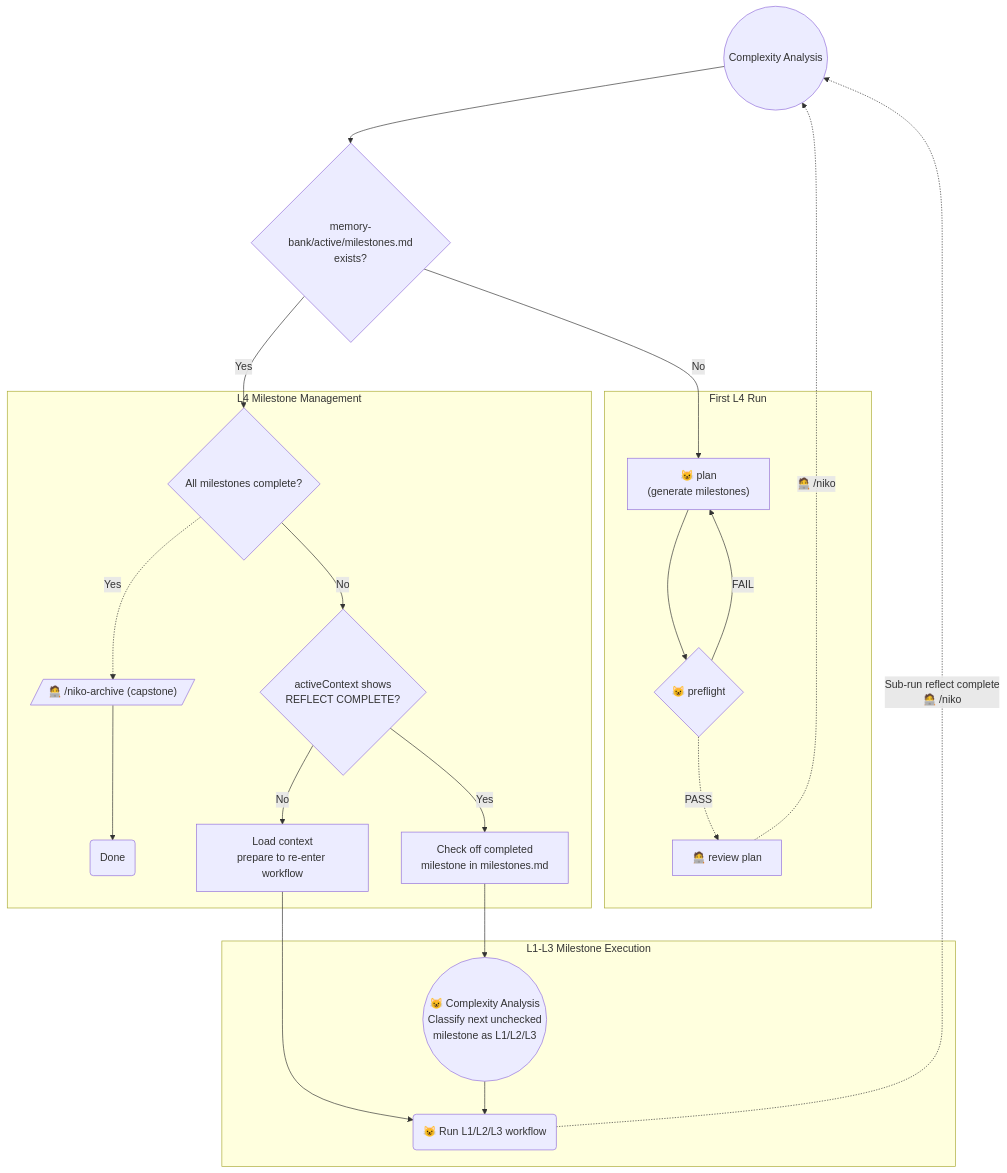
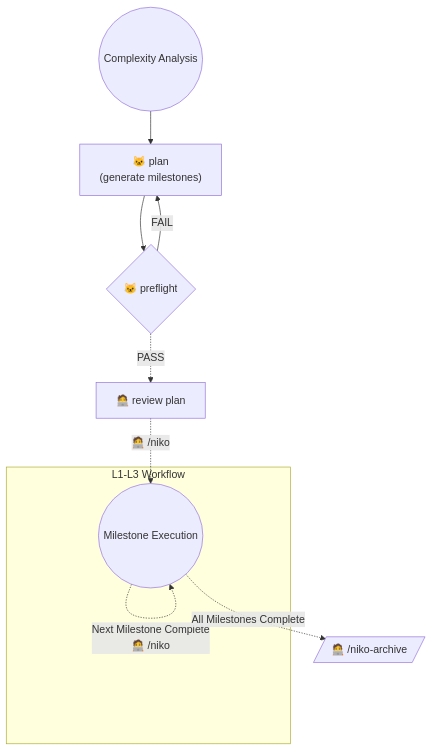
Before and after one commit to Texarkanine/devblog: the diagram in .cursor/rules/shared/niko/level4/level4-workflow.mdc, drawn with Mermaid. The commit also changed other lines of this file and 26 other files, not shown here.

````diff
--- a/.cursor/rules/shared/niko/level4/level4-workflow.mdc
+++ b/.cursor/rules/shared/niko/level4/level4-workflow.mdc
@@ -11,48 +11,13 @@
 ```mermaid
 graph TD
-
-    Start(("Complexity Analysis"))
-    CheckIfMilestones{"memory-bank/active/milestones.md<br>exists?"}
-
-    subgraph Init["First L4 Run"]
-        NikoPlan["😺 plan<br>(generate milestones)"]
-        NikoPreflight{"😺 preflight"}
-        ManualReview["🧑‍💻 review plan"]
+    Start(("Complexity Analysis")) --> NikoPlan["🐱 plan<br>(generate milestones)"]
+    NikoPlan --> NikoPreflight{"🐱 preflight"}
+    NikoPreflight -->|"FAIL"| NikoPlan
+    NikoPreflight -.->|"PASS"| ManualReview["🧑‍💻 review plan"]
+    ManualReview -.->|"🧑‍💻 /niko"| Niko
+    subgraph SubWorkflow["L1-L3 Workflow"]
+        Niko(("Milestone Execution"))
+        Niko -.->|"Next Milestone Complete<br>🧑‍💻 /niko"| Niko
     end
-
-    subgraph ReEntry["L4 Milestone Management"]
-        CheckMilestoneCompletion{"All milestones complete?"}
-        Capstone[/"🧑‍💻 /niko-archive (capstone)"/]
-        Capstone -->Done("Done")
-        PrevDone{"activeContext shows<br>REFLECT COMPLETE?"}
-        CheckOff["Check off completed<br>milestone in milestones.md"]
-        Resume["Load context<br>prepare to re-enter workflow"]
-    end
-
-    subgraph SubWorkflow["L1-L3 Milestone Execution"]
-        NextSub(("😺 Complexity Analysis<br>Classify next unchecked<br>milestone as L1/L2/L3"))
-        SubRun("😺 Run L1/L2/L3 workflow")
-    end
-
-    Start --> CheckIfMilestones
-
-    CheckIfMilestones -->|"No"| NikoPlan
-    NikoPlan --> NikoPreflight
-    NikoPreflight -->|"FAIL"| NikoPlan
-
-    NikoPreflight -.->|"PASS"| ManualReview
-    ManualReview -.->|"🧑‍💻 /niko"| Start
-
-    CheckIfMilestones -->|"Yes"| CheckMilestoneCompletion
-    CheckMilestoneCompletion -.->|"Yes"| Capstone
-
-    CheckMilestoneCompletion -->|"No"| PrevDone
-    PrevDone --"Yes"--> CheckOff
-    CheckOff --> NextSub
-
-    PrevDone --"No"--> Resume
-    Resume --> SubRun
-
-    NextSub --> SubRun
-    SubRun -.->|"Sub-run reflect complete<br>🧑‍💻 /niko"| Start
+    Niko -.->|"All Milestones Complete"| NikoArchive[/"🧑‍💻 /niko-archive"/]
 ```
````
